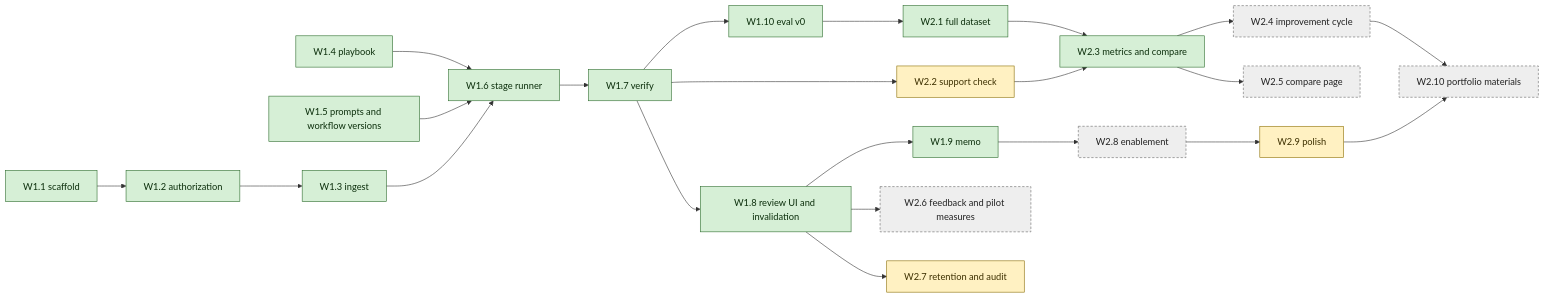
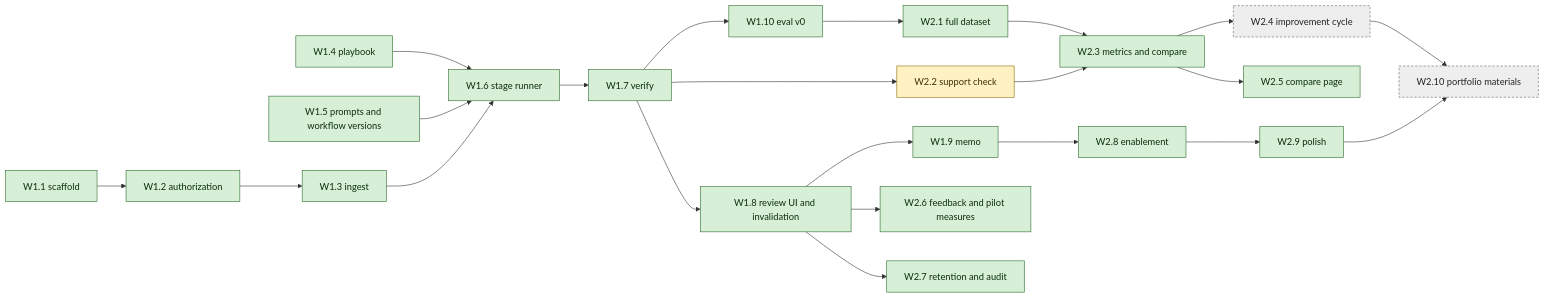
One commit to Silicon-Docket/clausewise changed the diagram in docs/parol/07-delivery-plan.md. Above: the diagram before and after it, drawn with Mermaid. The commit also changed other lines of this file, not shown here.

````diff
--- a/docs/parol/07-delivery-plan.md
+++ b/docs/parol/07-delivery-plan.md
@@ -46,30 +80,30 @@
 ```mermaid
 flowchart LR
   W11[W1.1 scaffold] --> W12[W1.2 authorization]
   W12 --> W13[W1.3 ingest]
   W14[W1.4 playbook] --> W16
   W15[W1.5 prompts and workflow versions] --> W16
   W13 --> W16[W1.6 stage runner]
   W16 --> W17[W1.7 verify]
   W17 --> W18[W1.8 review UI and invalidation]
   W18 --> W19[W1.9 memo]
   W17 --> W110[W1.10 eval v0]
   W110 --> W21[W2.1 full dataset]
   W17 --> W22[W2.2 support check]
   W21 --> W23[W2.3 metrics and compare]
   W22 --> W23
   W23 --> W24[W2.4 improvement cycle]
   W23 --> W25[W2.5 compare page]
   W18 --> W26[W2.6 feedback and pilot measures]
   W18 --> W27[W2.7 retention and audit]
   W19 --> W28[W2.8 enablement]
   W24 --> W210[W2.10 portfolio materials]
   W28 --> W29[W2.9 polish]
   W29 --> W210
   classDef done fill:#d6efd6,stroke:#2b6b2b,color:#0b2e0b
   classDef partly fill:#fff1c2,stroke:#8a6d00,color:#3d3000
   classDef notstarted fill:#eeeeee,stroke:#666666,color:#222222,stroke-dasharray: 4 3
-  class W11,W12,W13,W14,W15,W16,W17,W18,W19,W110,W21,W23 done
-  class W22,W27,W29 partly
-  class W24,W25,W26,W28,W210 notstarted
+  class W11,W12,W13,W14,W15,W16,W17,W18,W19,W110,W21,W23,W25,W26,W27,W28,W29 done
+  class W22 partly
+  class W24,W210 notstarted
 ```
````
